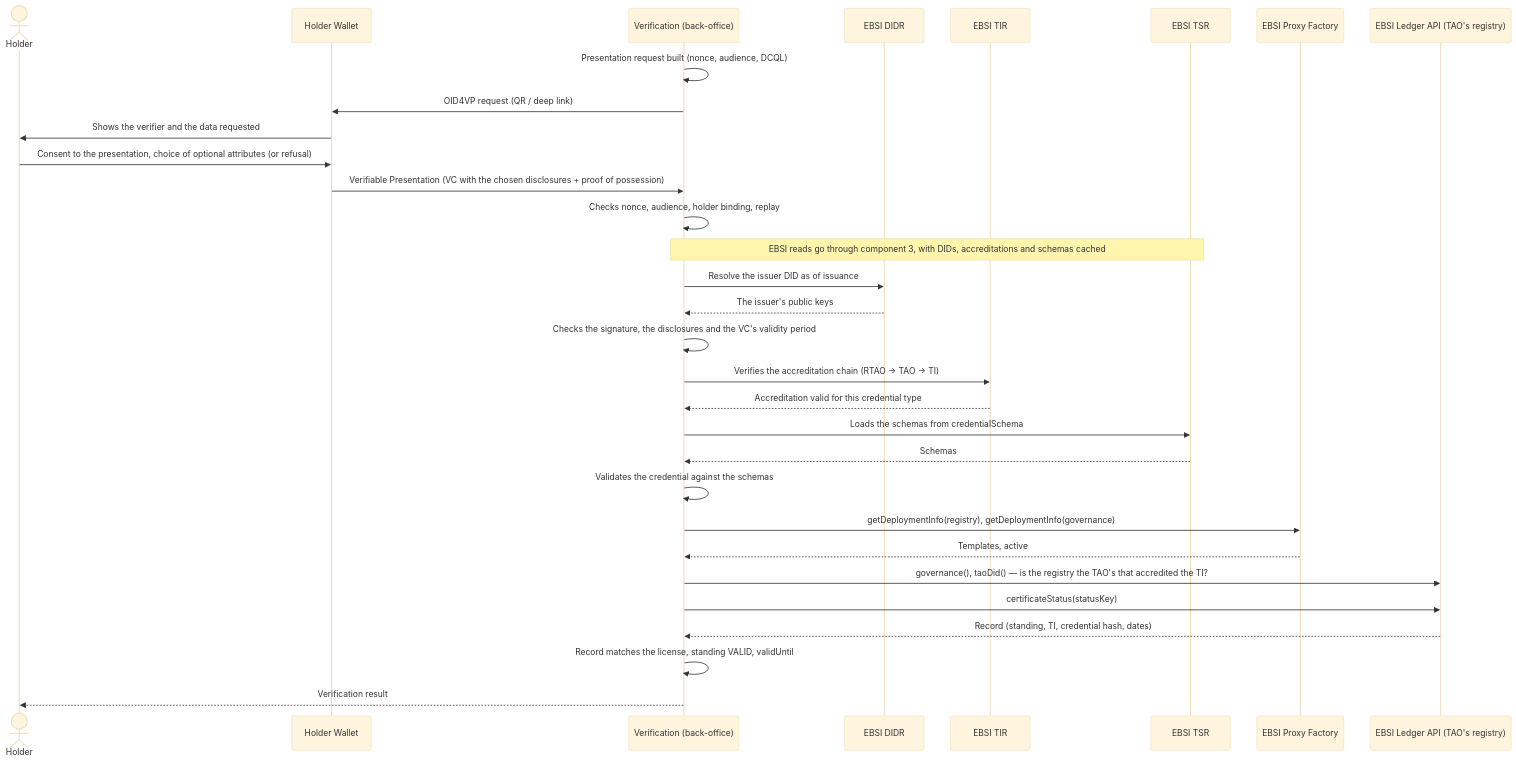
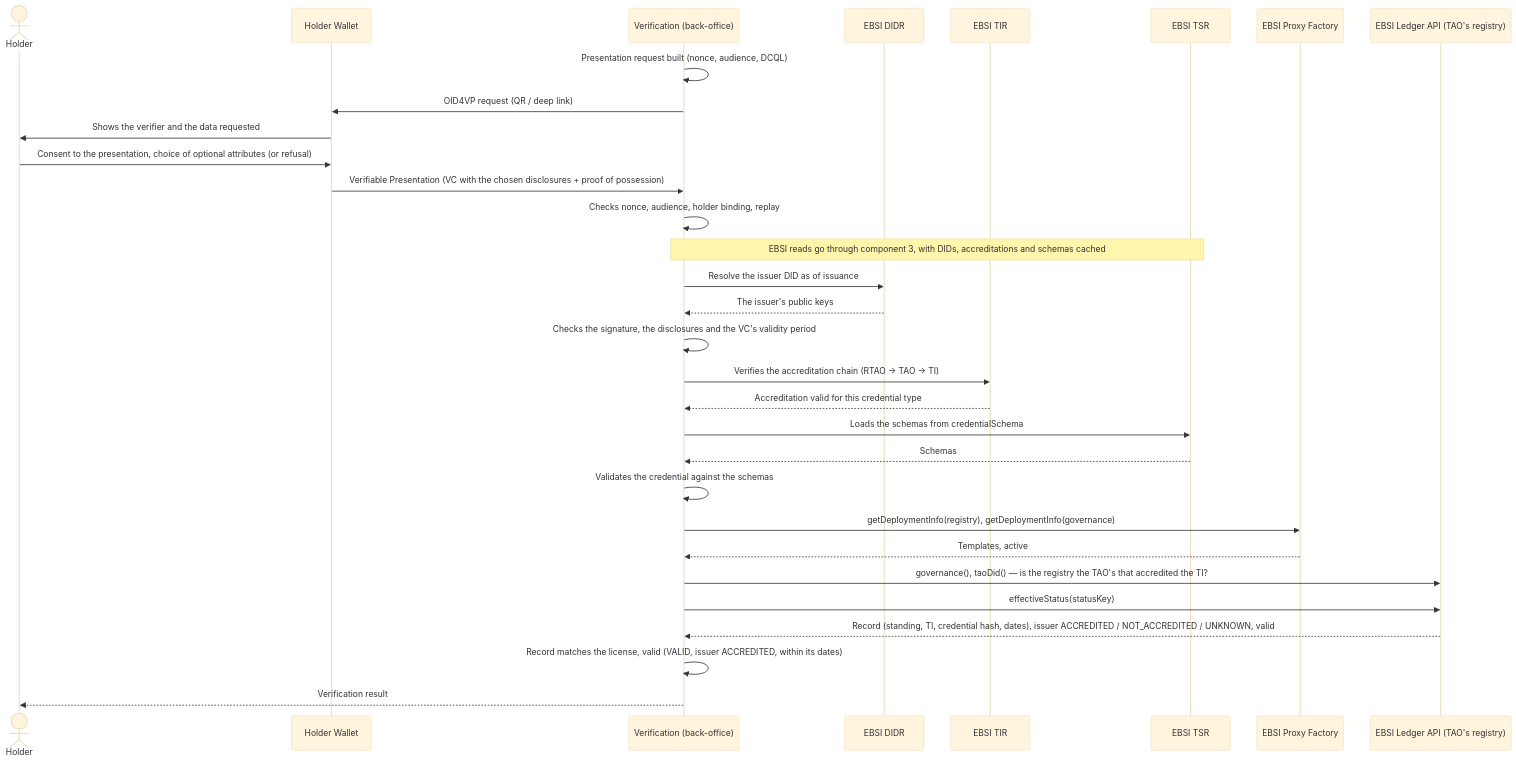
The second of 4 diagrams in docs/SPECIFICATION.md (fiit-ba/ebsi-licences-for-cybersecurity-managers), drawn with Mermaid (base theme) before and after one commit. The commit also changed other lines of this file and 20 other files, not shown here.

Commit message:
fix: Let a TI without accreditation suspend and revoke but never reinstate, and add effectiveStatus

````diff
--- a/docs/SPECIFICATION.md
+++ b/docs/SPECIFICATION.md
@@ -543,37 +543,37 @@
 ```mermaid
 sequenceDiagram
     actor H as Holder
     participant W as Holder Wallet
     participant V as Verification (back-office)
     participant DIDR as EBSI DIDR
     participant TIR as EBSI TIR
     participant TSR as EBSI TSR
     participant PF as EBSI Proxy Factory
     participant LED as EBSI Ledger API (TAO's registry)
 
     V->>V: Presentation request built (nonce, audience, DCQL)
     V->>W: OID4VP request (QR / deep link)
     W->>H: Shows the verifier and the data requested
     H->>W: Consent to the presentation, choice of optional attributes (or refusal)
     W->>V: Verifiable Presentation (VC with the chosen disclosures + proof of possession)
 
     V->>V: Checks nonce, audience, holder binding, replay
     Note over V,TSR: EBSI reads go through component 3, with DIDs, accreditations and schemas cached
     V->>DIDR: Resolve the issuer DID as of issuance
     DIDR-->>V: The issuer's public keys
     V->>V: Checks the signature, the disclosures and the VC's validity period
 
     V->>TIR: Verifies the accreditation chain (RTAO → TAO → TI)
     TIR-->>V: Accreditation valid for this credential type
     V->>TSR: Loads the schemas from credentialSchema
     TSR-->>V: Schemas
     V->>V: Validates the credential against the schemas
 
     V->>PF: getDeploymentInfo(registry), getDeploymentInfo(governance)
     PF-->>V: Templates, active
     V->>LED: governance(), taoDid() — is the registry the TAO's that accredited the TI?
-    V->>LED: certificateStatus(statusKey)
-    LED-->>V: Record (standing, TI, credential hash, dates)
-    V->>V: Record matches the license, standing VALID, validUntil
+    V->>LED: effectiveStatus(statusKey)
+    LED-->>V: Record (standing, TI, credential hash, dates), issuer ACCREDITED / NOT_ACCREDITED / UNKNOWN, valid
+    V->>V: Record matches the license, valid (VALID, issuer ACCREDITED, within its dates)
     V-->>H: Verification result
 ```
````
